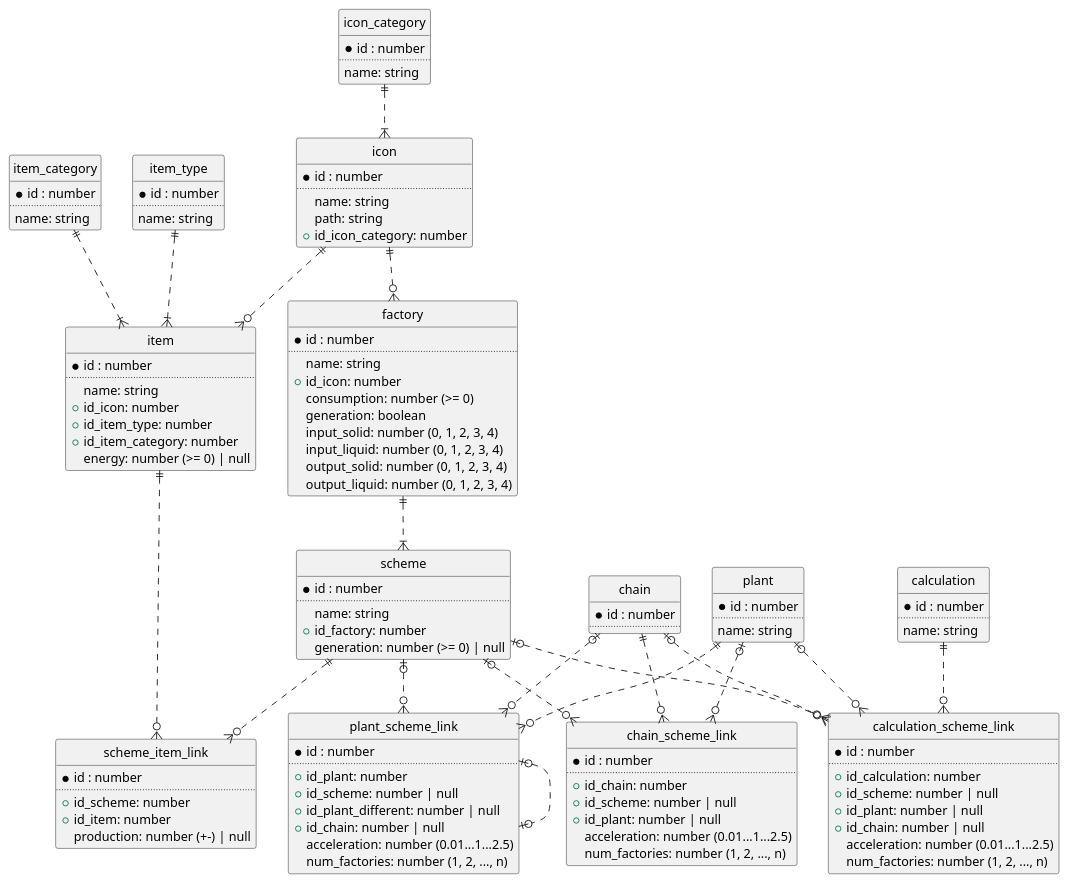
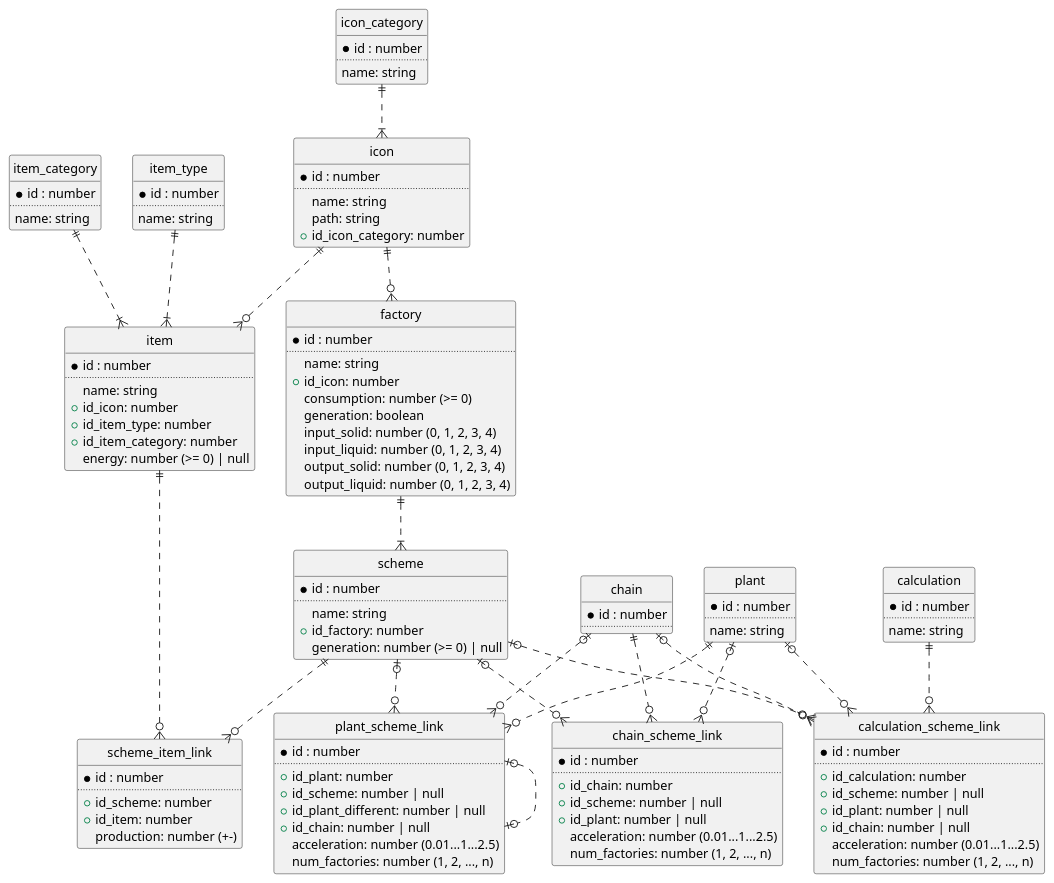
Before and after one commit to Shahimat/SatisfactoryCalculator: the diagram in docs/scheme/model.puml, drawn with PlantUML.

Commit message:
docs[model]: item production

```diff
--- a/docs/scheme/model.puml
+++ b/docs/scheme/model.puml
@@ -1,143 +1,143 @@
 @startuml
 
 ' hide the spot
 hide circle
 
 ' avoid problems with angled crows feet
 ' skinparam linetype ortho
 
 entity item_type {
   *id : number
   ..
   name: string
 }
 
 entity item_category {
   *id : number
   ..
   name: string
 }
 
 entity icon_category {
   *id : number
   ..
   name: string
 }
 
 entity icon {
   *id : number
   ..
   name: string
   path: string
   +id_icon_category: number
 }
 
 entity item {
   *id : number
   ..
   name: string
   +id_icon: number
   +id_item_type: number
   +id_item_category: number
   energy: number (>= 0) | null
 }
 
 entity factory {
   *id : number
   ..
   name: string
   +id_icon: number
   consumption: number (>= 0)
   generation: boolean
   input_solid: number (0, 1, 2, 3, 4)
   input_liquid: number (0, 1, 2, 3, 4)
   output_solid: number (0, 1, 2, 3, 4)
   output_liquid: number (0, 1, 2, 3, 4)
 }
 
 entity scheme {
   *id : number
   ..
   name: string
   +id_factory: number
   generation: number (>= 0) | null
 }
 
 entity scheme_item_link {
   *id : number
   ..
   +id_scheme: number
   +id_item: number
-  production: number (+-) | null
+  production: number (+-)
 }
 
 entity plant {
   *id : number
   ..
   name: string
 }
 
 entity chain {
   *id : number
   ..
 }
 
 entity calculation {
   *id : number
   ..
   name: string
 }
 
 entity plant_scheme_link {
   *id : number
   ..
   +id_plant: number
   +id_scheme: number | null
   +id_plant_different: number | null
   +id_chain: number | null
   acceleration: number (0.01...1...2.5)
   num_factories: number (1, 2, ..., n)
 }
 
 entity chain_scheme_link {
   *id : number
   ..
   +id_chain: number
   +id_scheme: number | null
   +id_plant: number | null
   acceleration: number (0.01...1...2.5)
   num_factories: number (1, 2, ..., n)
 }
 
 entity calculation_scheme_link {
   *id : number
   ..
   +id_calculation: number
   +id_scheme: number | null
   +id_plant: number | null
   +id_chain: number | null
   acceleration: number (0.01...1...2.5)
   num_factories: number (1, 2, ..., n)
 }
 
 icon_category ||..|{ icon
 icon ||..o{ item
 item_type ||..|{ item
 item_category ||..|{ item
 icon ||..o{ factory
 factory ||..|{ scheme
 item ||..o{ scheme_item_link
 scheme ||..o{ scheme_item_link
 plant ||..o{ plant_scheme_link  
 scheme |o..o{ plant_scheme_link
 plant_scheme_link |o..o| plant_scheme_link
 chain |o..o{ plant_scheme_link
 chain ||..o{ chain_scheme_link
 scheme |o..o{ chain_scheme_link
 plant |o..o{ chain_scheme_link
 calculation ||..o{ calculation_scheme_link
 scheme |o..o{ calculation_scheme_link
 plant |o..o{ calculation_scheme_link
 chain |o..o{ calculation_scheme_link
 
 @enduml
```
